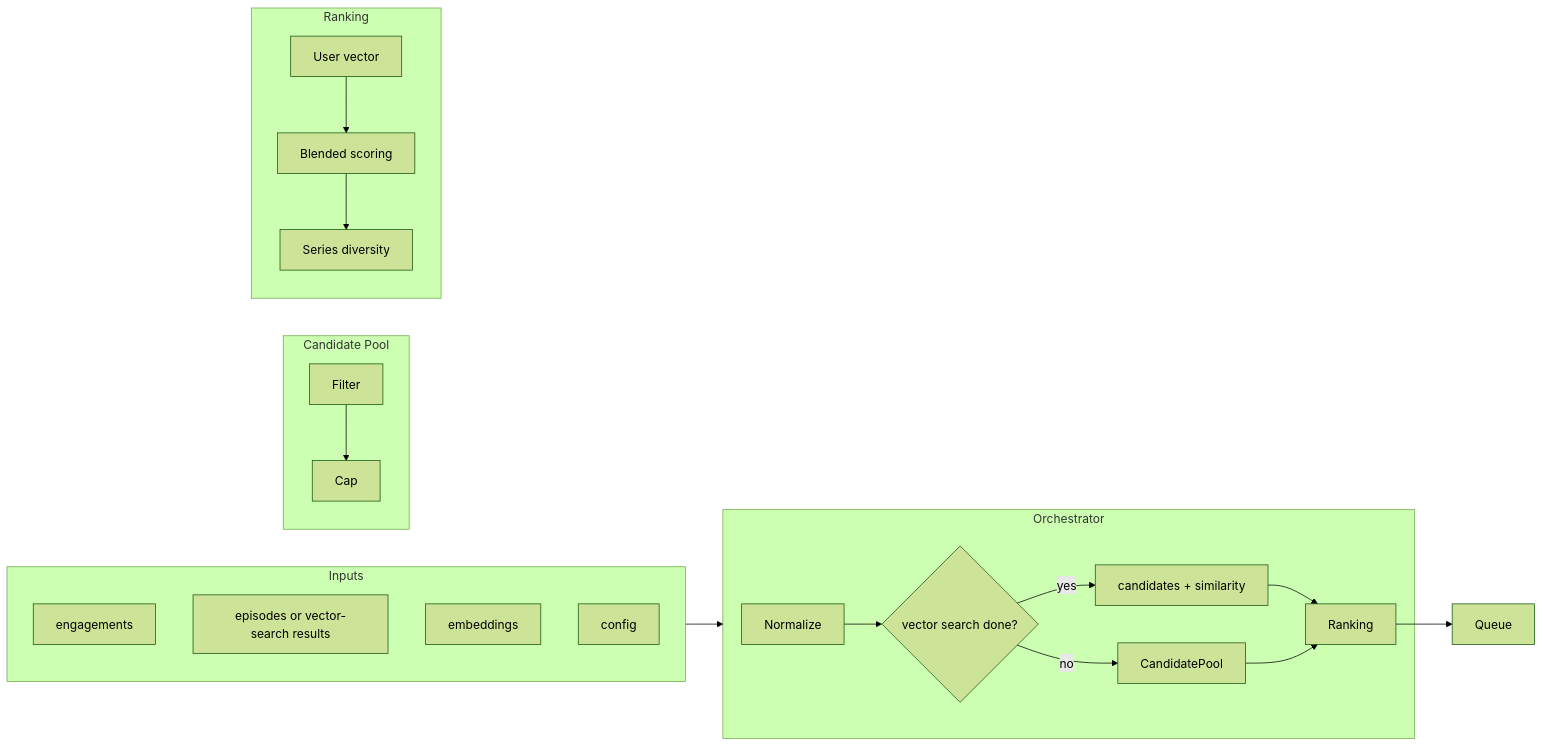
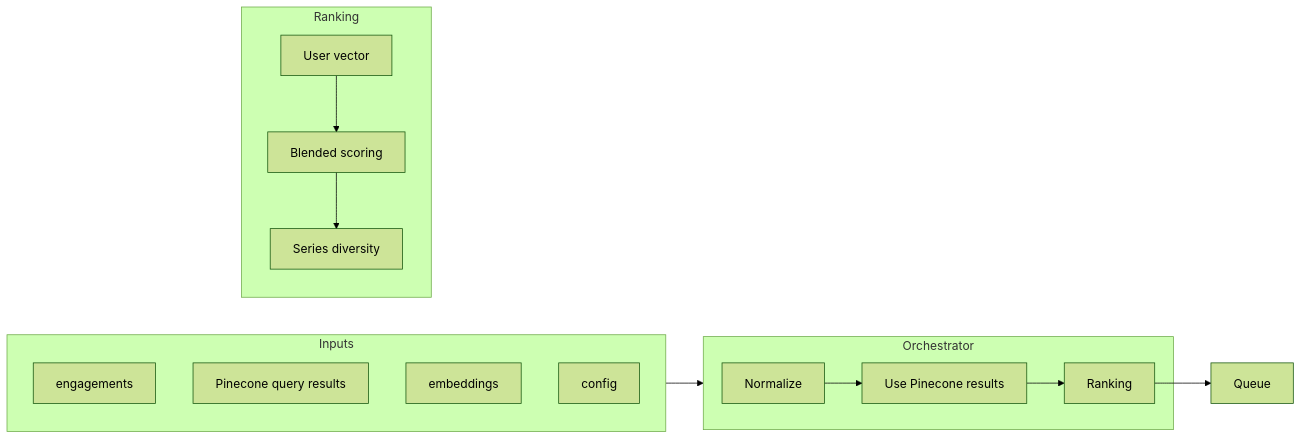
One commit to rohankatakam/ser_res changed the second of 2 diagrams in docs/END_TO_END_SYSTEM_DESIGN.md. Above: the diagram before and after it, drawn with Mermaid (forest theme). The commit also changed other lines of this file, not shown here.

````diff
--- a/docs/END_TO_END_SYSTEM_DESIGN.md
+++ b/docs/END_TO_END_SYSTEM_DESIGN.md
@@ -126,34 +125,25 @@
 ```mermaid
 flowchart LR
   subgraph inputs [Inputs]
     Eng[engagements]
-    Ep[episodes or vector-search results]
+    Ep[Pinecone query results]
     Emb[embeddings]
     Cfg[config]
   end
 
   subgraph orch [Orchestrator]
     Norm[Normalize]
-    Norm --> Branch{vector search done?}
-    Branch -->|yes| FromQuery[candidates + similarity]
-    Branch -->|no| CandidatePool
+    Norm --> FromQuery[Use Pinecone results]
     FromQuery --> Ranking
-    CandidatePool --> Ranking
-  end
-
-  subgraph candidatePool [Candidate Pool]
-    Filter[Filter]
-    Cap[Cap]
-    Filter --> Cap
   end
 
   subgraph ranking [Ranking]
     UserVec[User vector]
     Blend[Blended scoring]
     Div[Series diversity]
     UserVec --> Blend --> Div
   end
 
   inputs --> orch
   Ranking --> Queue[Queue]
 ```
````
